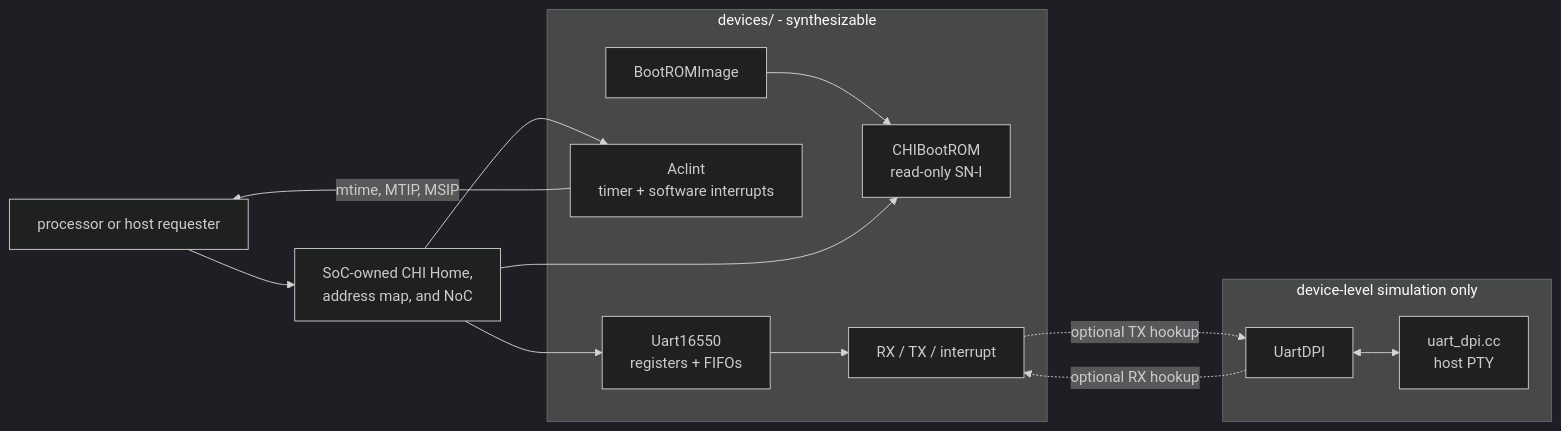
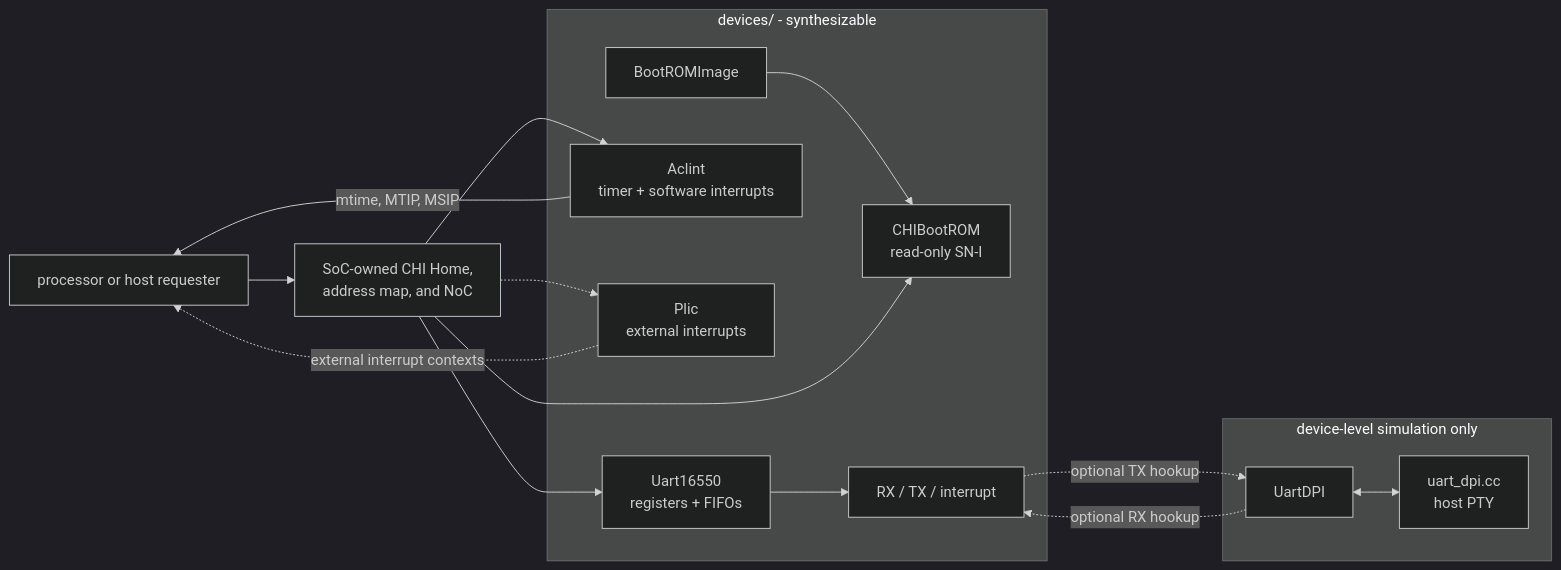
Before and after one commit to jerryz123/rhodium: the diagram in devices/README.md, drawn with Mermaid (dark theme). The commit also changed other lines of this file and 8 other files, not shown here.

````diff
--- a/devices/README.md
+++ b/devices/README.md
@@ -54,22 +55,25 @@
 ```mermaid
 flowchart LR
   Requester["processor or host requester"] --> Home["SoC-owned CHI Home,<br/>address map, and NoC"]
 
   subgraph Hardware["devices/ - synthesizable"]
     Image["BootROMImage"] --> Boot["CHIBootROM<br/>read-only SN-I"]
     ACLINT["Aclint<br/>timer + software interrupts"]
+    PLIC["Plic<br/>external interrupts"]
     UART["Uart16550<br/>registers + FIFOs"] --> Pins["RX / TX / interrupt"]
   end
 
   Home --> Boot
   Home --> ACLINT
+  Home -.-> PLIC
   Home --> UART
   ACLINT -->|"mtime, MTIP, MSIP"| Requester
+  PLIC -.->|"external interrupt contexts"| Requester
 
   subgraph Simulation["device-level simulation only"]
     Model["UartDPI"] <--> PTY["uart_dpi.cc<br/>host PTY"]
   end
 
   Pins -.->|"optional TX hookup"| Model
   Model -.->|"optional RX hookup"| Pins
 ```
````
